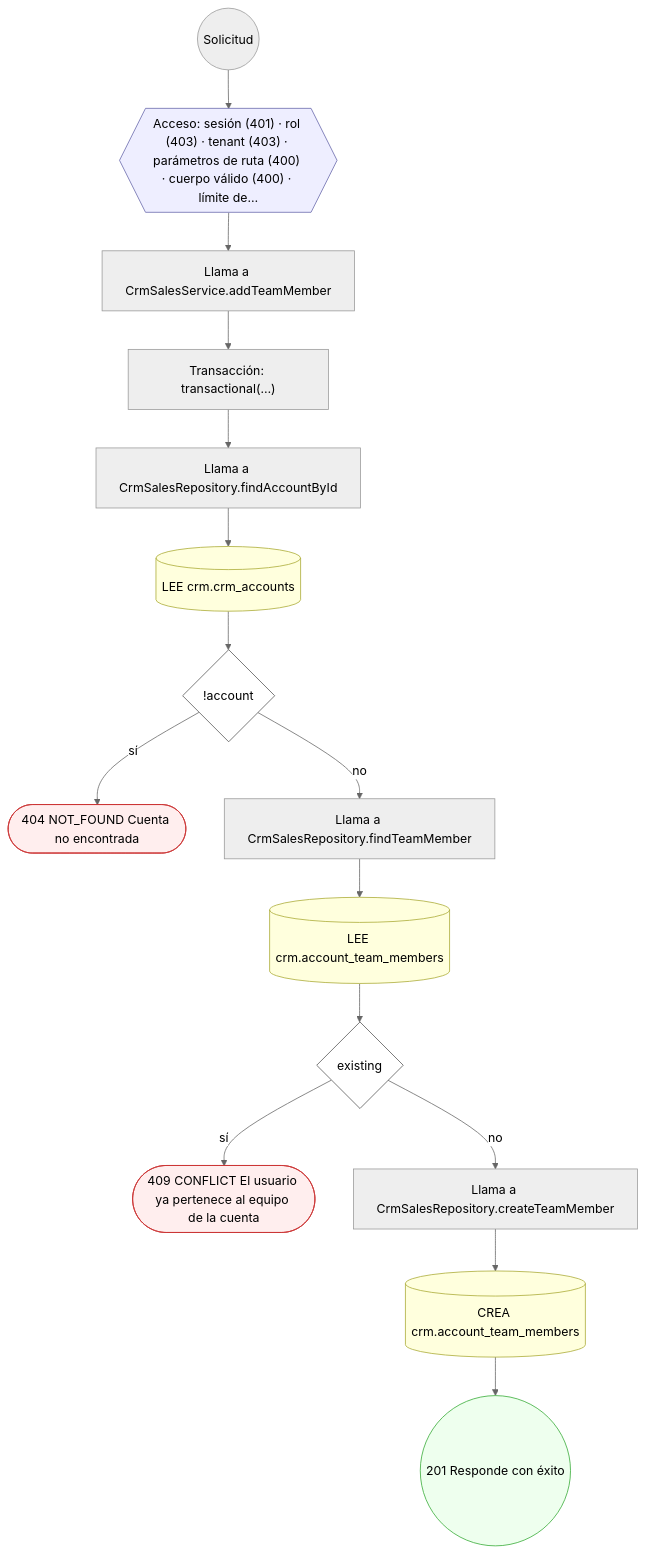
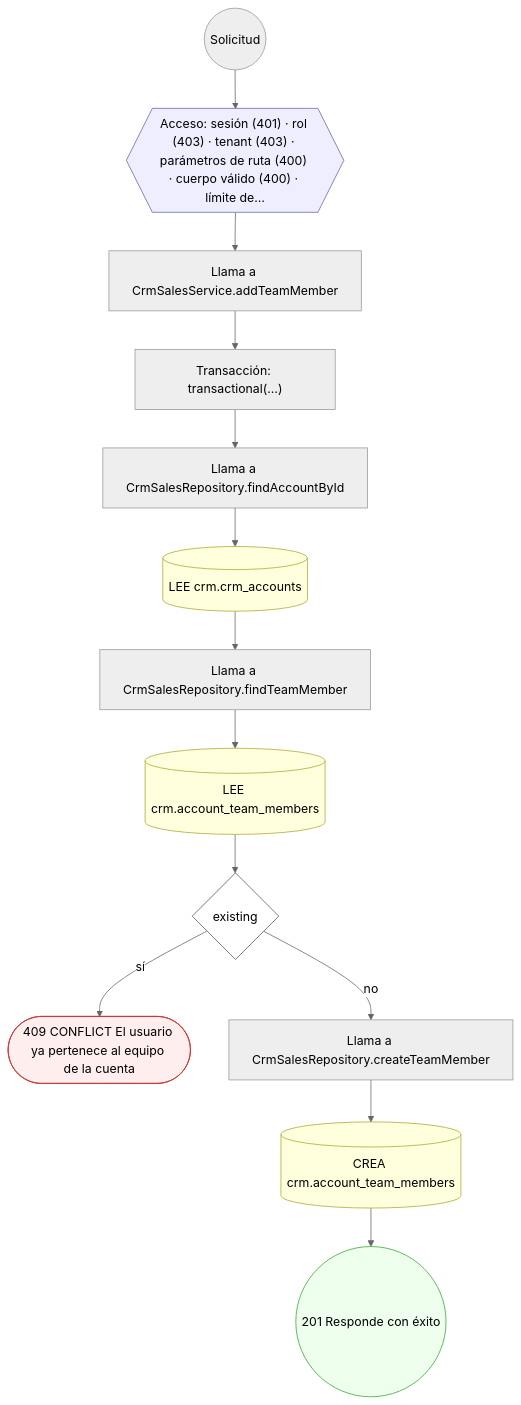
The third of 15 diagrams in docs/inventario/flujos/crm.md (mdavila-2001/mantra-core-health-api), drawn with Mermaid (neutral theme) before and after one commit. The commit also changed other lines of this file and 438 other files, not shown here.

````diff
--- a/docs/inventario/flujos/crm.md
+++ b/docs/inventario/flujos/crm.md
@@ -262,38 +220,34 @@
 ```mermaid
 flowchart TD
   n1(("Solicitud")):::inicio
   n2{{"Acceso: sesión (401) · rol (403) · tenant (403) · parámetros de ruta (400) · cuerpo válido (400) · límite de…"}}:::acceso
   n1 --> n2
   n3["Llama a CrmSalesService.addTeamMember"]:::llamada
   n2 --> n3
   n4["Transacción: transactional(…)"]:::transaccion
   n3 --> n4
   n5["Llama a CrmSalesRepository.findAccountById"]:::llamada
   n4 --> n5
   n6[("LEE crm.crm_accounts")]:::efecto
   n5 --> n6
-  n7{"!account"}:::decision
+  n7["Llama a CrmSalesRepository.findTeamMember"]:::llamada
   n6 --> n7
-  n8(["404 NOT_FOUND Cuenta no encontrada"]):::error
-  n7 -->|"sí"| n8
-  n9["Llama a CrmSalesRepository.findTeamMember"]:::llamada
-  n7 -->|"no"| n9
-  n10[("LEE crm.account_team_members")]:::efecto
-  n9 --> n10
-  n11{"existing"}:::decision
-  n10 --> n11
-  n12(["409 CONFLICT El usuario ya pertenece al equipo de la cuenta"]):::error
-  n11 -->|"sí"| n12
-  n13["Llama a CrmSalesRepository.createTeamMember"]:::llamada
-  n11 -->|"no"| n13
-  n14[("CREA crm.account_team_members")]:::efecto
-  n13 --> n14
-  n15(("201 Responde con éxito")):::ok
-  n14 --> n15
+  n8[("LEE crm.account_team_members")]:::efecto
+  n7 --> n8
+  n9{"existing"}:::decision
+  n8 --> n9
+  n10(["409 CONFLICT El usuario ya pertenece al equipo de la cuenta"]):::error
+  n9 -->|"sí"| n10
+  n11["Llama a CrmSalesRepository.createTeamMember"]:::llamada
+  n9 -->|"no"| n11
+  n12[("CREA crm.account_team_members")]:::efecto
+  n11 --> n12
+  n13(("201 Responde con éxito")):::ok
+  n12 --> n13
   classDef acceso fill:#eef,stroke:#66a
   classDef error fill:#fee,stroke:#c33
   classDef ok fill:#efe,stroke:#3a3
   classDef efecto fill:#ffd,stroke:#aa3
   classDef decision fill:#fff,stroke:#555
   classDef corte fill:#eee,stroke:#999,stroke-dasharray: 4
 ```
````
